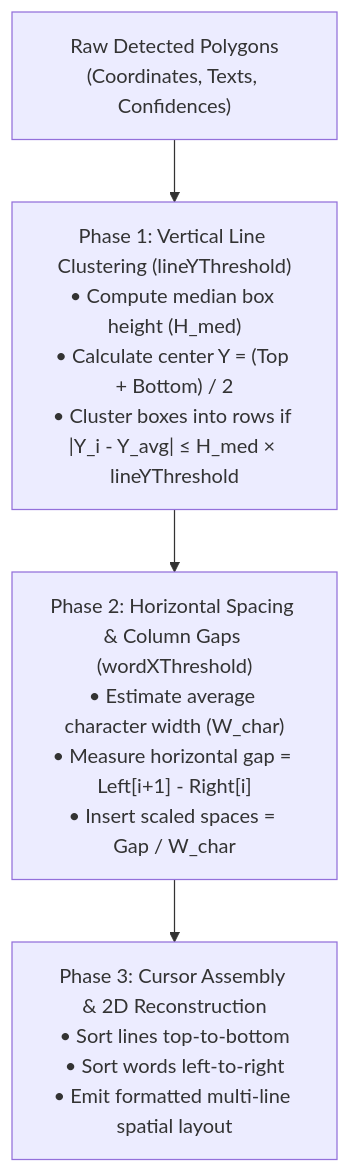
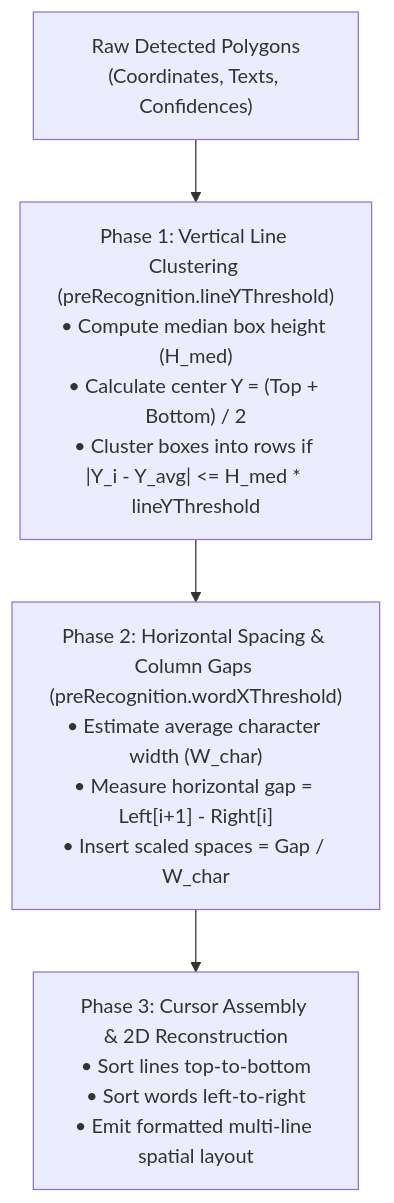
One commit to byrizki/rusto-rs changed the diagram in docs/content/en/03.advance-guide/03.spatial-layout-reconstruction.md. Above: the diagram before and after it, drawn with Mermaid. The commit also changed other lines of this file and 193 other files, not shown here.

````diff
--- a/docs/content/en/03.advance-guide/03.spatial-layout-reconstruction.md
+++ b/docs/content/en/03.advance-guide/03.spatial-layout-reconstruction.md
@@ -17,6 +17,6 @@
 ```mermaid
 flowchart TD
-    A["Raw Detected Polygons<br/>(Coordinates, Texts, Confidences)"] --> B["Phase 1: Vertical Line Clustering (lineYThreshold)<br/>• Compute median box height (H_med)<br/>• Calculate center Y = (Top + Bottom) / 2<br/>• Cluster boxes into rows if |Y_i - Y_avg| &le; H_med &times; lineYThreshold"]
-    B --> C["Phase 2: Horizontal Spacing & Column Gaps (wordXThreshold)<br/>• Estimate average character width (W_char)<br/>• Measure horizontal gap = Left[i+1] - Right[i]<br/>• Insert scaled spaces = Gap / W_char"]
+    A["Raw Detected Polygons<br/>(Coordinates, Texts, Confidences)"] --> B["Phase 1: Vertical Line Clustering (preRecognition.lineYThreshold)<br/>• Compute median box height (H_med)<br/>• Calculate center Y = (Top + Bottom) / 2<br/>• Cluster boxes into rows if |Y_i - Y_avg| <= H_med * lineYThreshold"]
+    B --> C["Phase 2: Horizontal Spacing & Column Gaps (preRecognition.wordXThreshold)<br/>• Estimate average character width (W_char)<br/>• Measure horizontal gap = Left[i+1] - Right[i]<br/>• Insert scaled spaces = Gap / W_char"]
     C --> D["Phase 3: Cursor Assembly & 2D Reconstruction<br/>• Sort lines top-to-bottom<br/>• Sort words left-to-right<br/>• Emit formatted multi-line spatial layout"]
 ```
````
